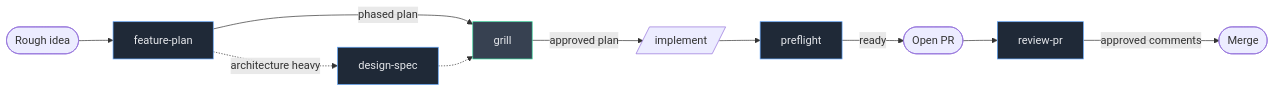
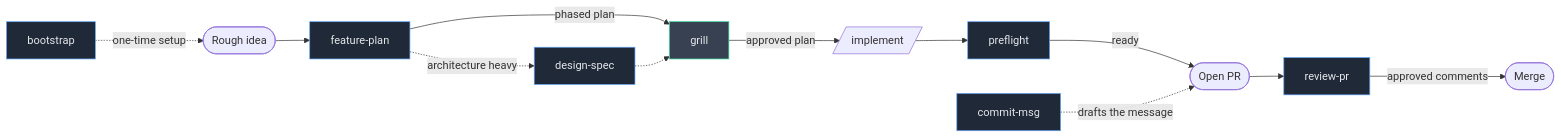
The first of 5 diagrams in README.md (powerslider/nitpickle), drawn with Mermaid before and after one commit. The commit also changed other lines of this file and 9 other files, not shown here.

````diff
--- a/README.md
+++ b/README.md
@@ -105,17 +105,19 @@
 ```mermaid
 flowchart LR
-    idea([Rough idea]) --> FP[feature-plan]
+    BST[bootstrap] -.->|one-time setup| idea([Rough idea])
+    idea --> FP[feature-plan]
     FP -->|phased plan| GR[grill]
     GR -->|approved plan| IMPL[/implement/]
     FP -.->|architecture heavy| DS[design-spec]
     DS -.-> GR
     IMPL --> PF[preflight]
     PF -->|ready| PR([Open PR])
+    CM[commit-msg] -.->|drafts the message| PR
     PR --> RV[review-pr]
     RV -->|approved comments| MERGE([Merge])
 
     classDef skill fill:#1f2937,stroke:#60a5fa,color:#e5e7eb
     classDef gate fill:#374151,stroke:#34d399,color:#e5e7eb
-    class FP,DS,PF,RV skill
+    class FP,DS,PF,RV,BST,CM skill
     class GR gate
 ```
````
